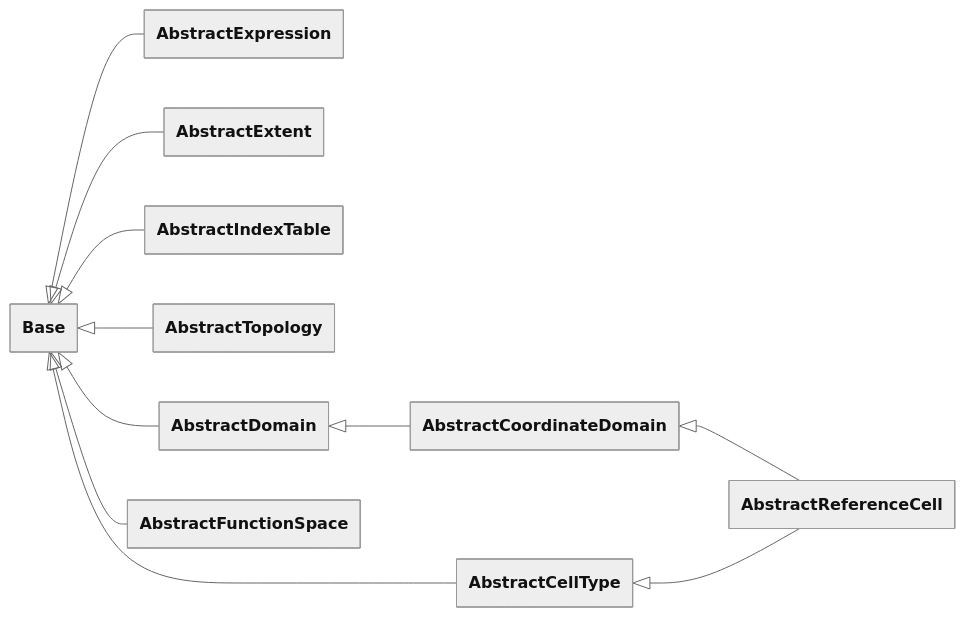
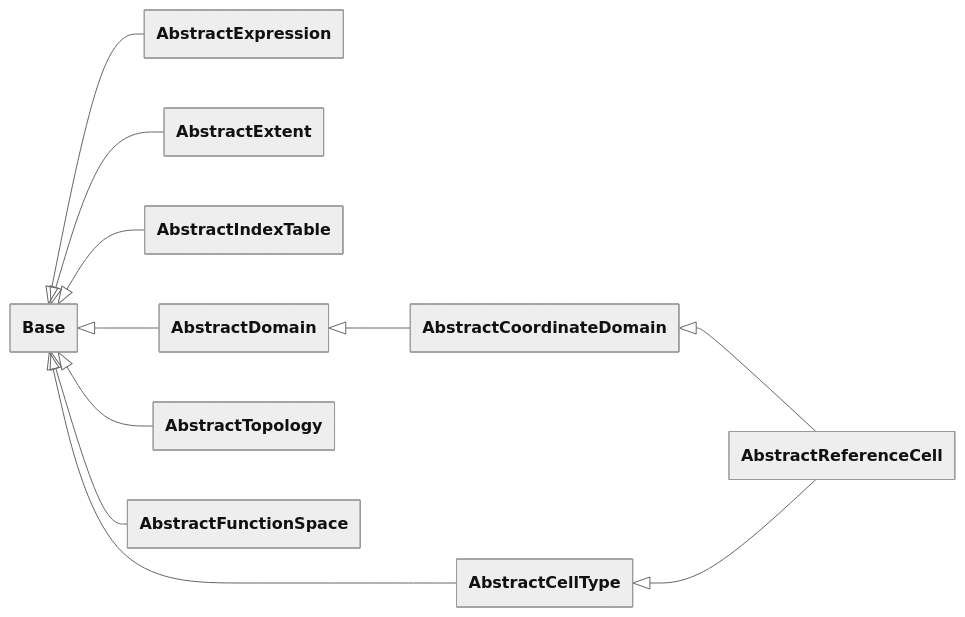
Before and after one commit to FEniCS/uflx: the diagram in design/language/reference.md, drawn with Mermaid. The commit also changed other lines of this file and 7 other files, not shown here.

````diff
--- a/design/language/reference.md
+++ b/design/language/reference.md
@@ -39,22 +39,22 @@
 ```mermaid
 ---
 config:
   theme: neutral
   look: classic
   class:
     hideEmptyMembersBox: true
 ---
 classDiagram
     direction LR
     accTitle: Abstract class hierarchy
     Base <|-- AbstractExpression
     Base <|-- AbstractExtent
     Base <|-- AbstractIndexTable
-    Base <|-- AbstractCellType
-    Base <|-- AbstractTopology
     Base <|-- AbstractDomain
     AbstractDomain <|-- AbstractCoordinateDomain
+    Base <|-- AbstractCellType
     AbstractCoordinateDomain <|-- AbstractReferenceCell
     AbstractCellType <|-- AbstractReferenceCell
+    Base <|-- AbstractTopology
     Base <|-- AbstractFunctionSpace
 ```
````
